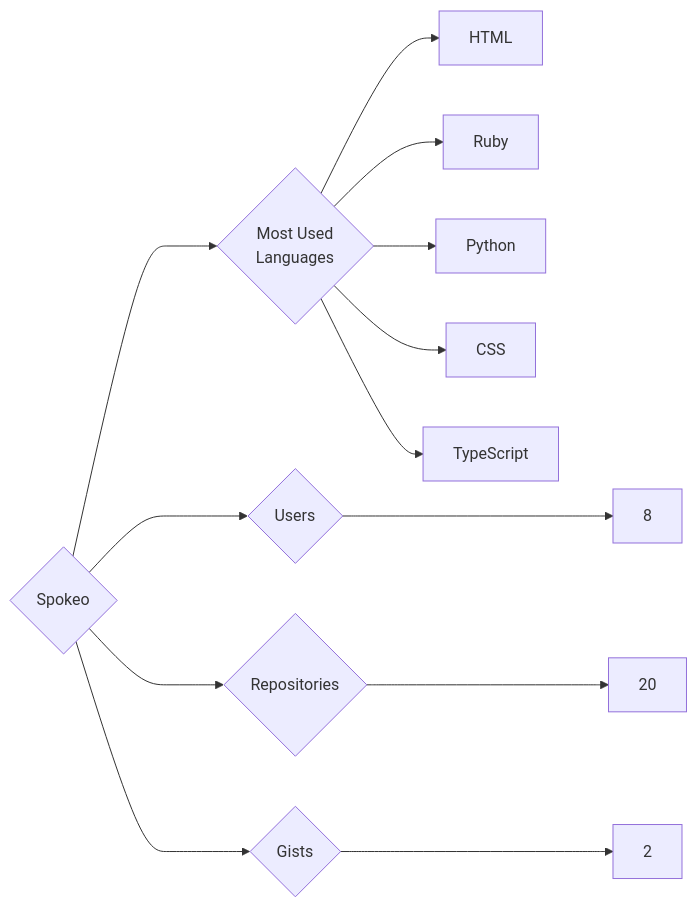
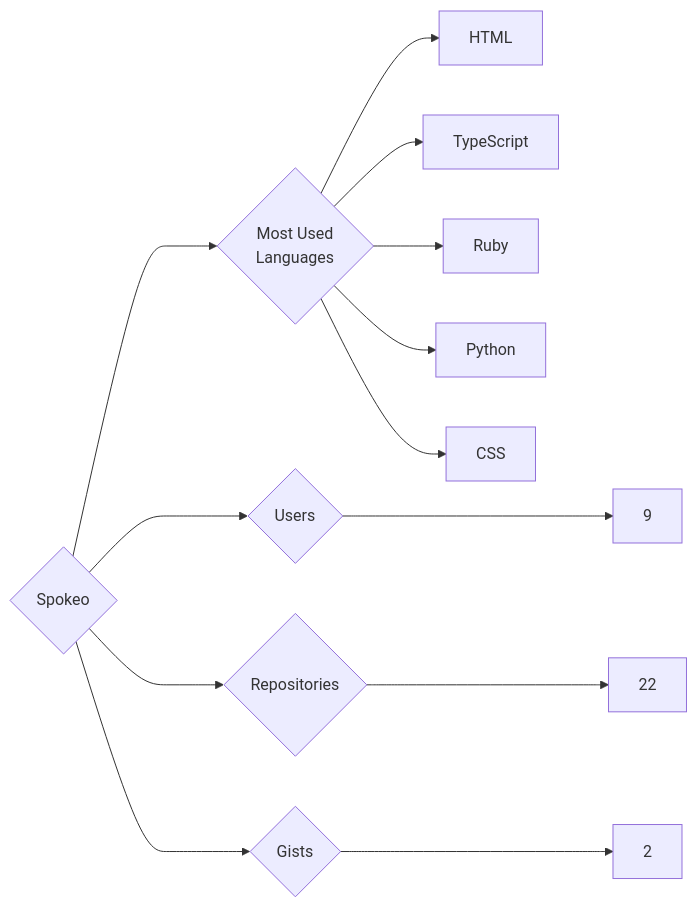
One commit to trickest/insiders changed the diagram in targets/Spokeo/README.md. Above: the diagram before and after it, drawn with Mermaid. The commit also changed 964 other files, not shown here.

````diff
--- a/targets/Spokeo/README.md
+++ b/targets/Spokeo/README.md
@@ -3,13 +3,13 @@
 ```mermaid
 graph LR
 COMPANY_NAME{Spokeo}
-COMPANY_NAME ---> U{Users} ---> UN[8]
-COMPANY_NAME ---> R{Repositories} ---> RN[20]
+COMPANY_NAME ---> U{Users} ---> UN[9]
+COMPANY_NAME ---> R{Repositories} ---> RN[22]
 COMPANY_NAME ---> G{Gists} ---> GN[2]
 COMPANY_NAME ---> ML{Most Used<br>Languages}
 ML --> HTML[HTML]
+ML --> TypeScript[TypeScript]
 ML --> Ruby[Ruby]
 ML --> Python[Python]
 ML --> CSS[CSS]
-ML --> TypeScript[TypeScript]
 ```
````
